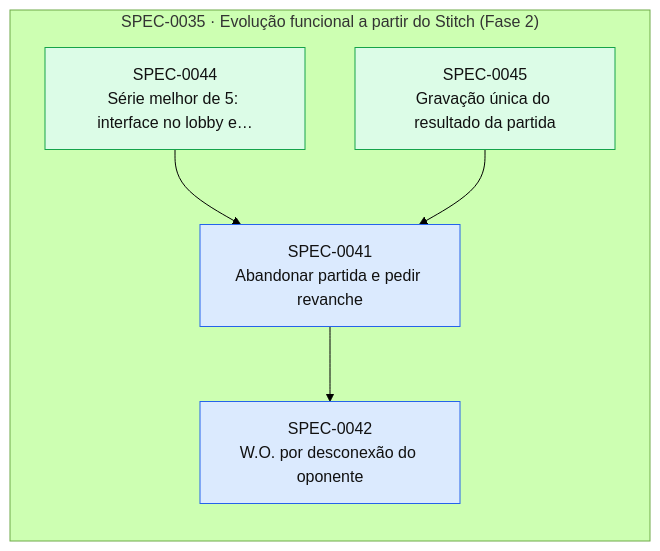
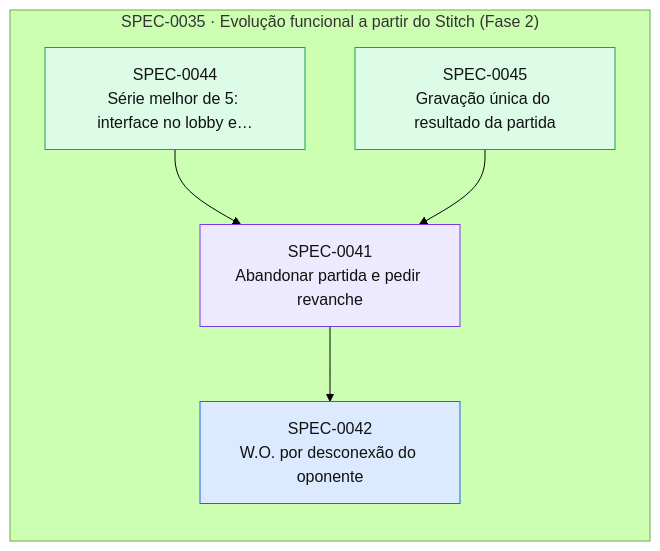
The diagram in docs/specs/INDEX.md (thomasravache/jogo-da-velha-multiplayer), drawn with Mermaid (forest theme) before and after one commit. The commit also changed other lines of this file and 1 other file, not shown here.

First line of the commit message:
docs(specs): registrar gates G1-G4 da SPEC-0041

````diff
--- a/docs/specs/INDEX.md
+++ b/docs/specs/INDEX.md
@@ -37,17 +37,17 @@
 ```mermaid
 flowchart LR
   subgraph E0035["SPEC-0035 · Evolução funcional a partir do Stitch (Fase 2)"]
-    S0041["SPEC-0041<br/>Abandonar partida e pedir revanche"]:::approved
+    S0041["SPEC-0041<br/>Abandonar partida e pedir revanche"]:::inprogress
     S0042["SPEC-0042<br/>W.O. por desconexão do oponente"]:::approved
     S0044["SPEC-0044<br/>Série melhor de 5: interface no lobby e…"]:::implemented
     S0045["SPEC-0045<br/>Gravação única do resultado da partida"]:::implemented
   end
   S0044 --> S0041
   S0045 --> S0041
   S0041 --> S0042
   classDef proposed fill:#fef3c7,stroke:#d97706,color:#111
   classDef approved fill:#dbeafe,stroke:#2563eb,color:#111
   classDef inprogress fill:#ede9fe,stroke:#7c3aed,color:#111
   classDef implemented fill:#dcfce7,stroke:#16a34a,color:#111
   classDef deprecated fill:#f3f4f6,stroke:#9ca3af,color:#6b7280
 ```
````
